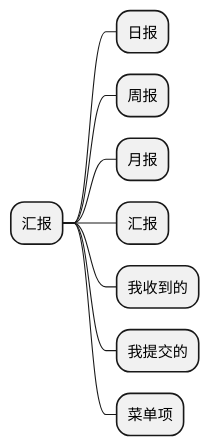
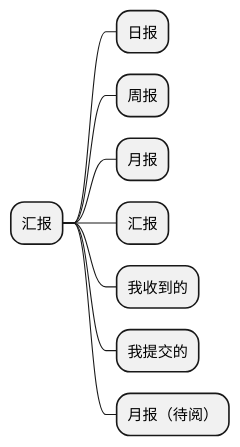
The diagram in ibizpms-docs/src/main/doc/v1/app/mob/reportNew.md (zj335841911/nt_chandao), drawn with PlantUML before and after one commit. The commit also changed other lines of this file and 5 other files, not shown here.

```diff
--- a/ibizpms-docs/src/main/doc/v1/app/mob/reportNew.md
+++ b/ibizpms-docs/src/main/doc/v1/app/mob/reportNew.md
@@ -5,12 +5,12 @@
 {% plantuml %}
 @startmindmap
 * 汇报
 ** 日报
 ** 周报
 ** 月报
 ** 汇报
 ** 我收到的
 ** 我提交的
-** 菜单项
+** 月报（待阅）
 @endmindmap
 {% endplantuml %}
```
